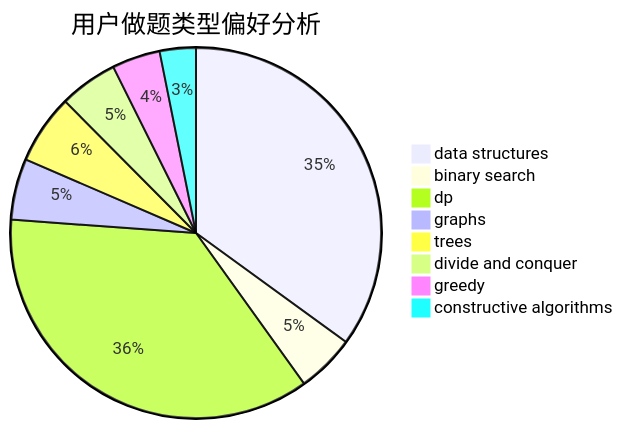
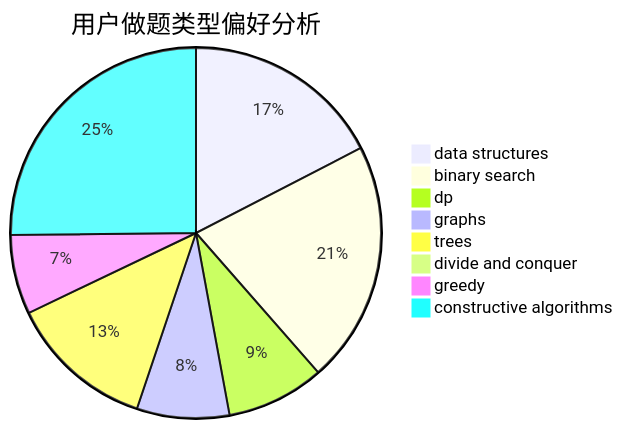
One commit to sherpahu/cfrs.github.io changed the second of 3 diagrams in docs/user/u1465.md. Above: the diagram before and after it, drawn with Mermaid. The commit also changed other lines of this file and 2770 other files, not shown here.

````diff
--- a/docs/user/u1465.md
+++ b/docs/user/u1465.md
@@ -23,11 +23,11 @@
 ```mermaid
 pie title 用户做题类型偏好分析
-    "data structures" :  433
-    "binary search" :  63
-    "dp" :  446
-    "graphs" :  66
-    "trees" :  75
-    "divide and conquer" :  63
-    "greedy" :  52
-    "constructive algorithms" :  39
+    "data structures" :  108
+    "binary search" :  131
+    "dp" :  53
+    "graphs" :  50
+    "trees" :  79
+    "divide and conquer" :  0
+    "greedy" :  43
+    "constructive algorithms" :  156
 ```
````
